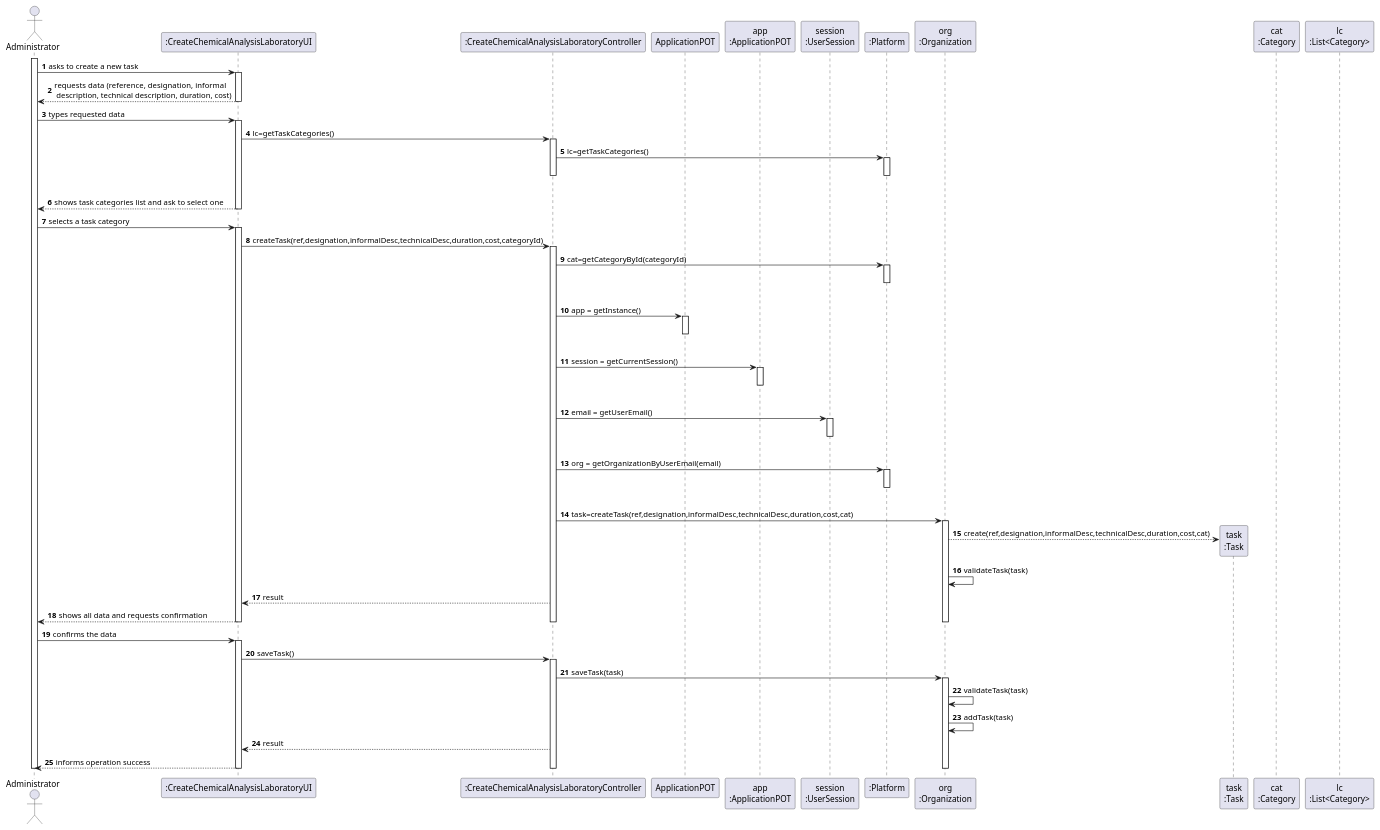
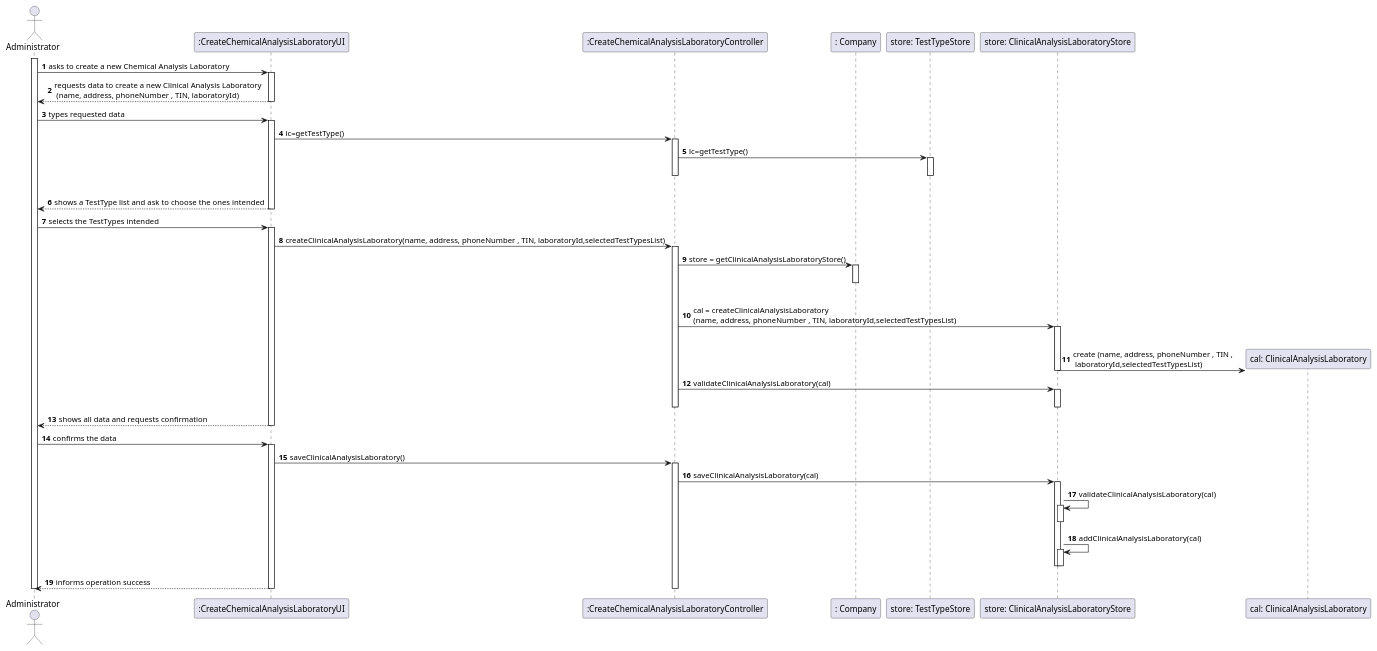
Before and after one commit to manu-07-ela/LAPR2_ISEP: the diagram in docs/SprintB/US08/US08_SD.puml, drawn with PlantUML. The commit also changed 4 other files, not shown here.

```diff
--- a/docs/SprintB/US08/US08_SD.puml
+++ b/docs/SprintB/US08/US08_SD.puml
@@ -1,104 +1,81 @@
 @startuml
 autonumber
 'hide footbox
 actor "Administrator" as ADM
 
 participant ":CreateChemicalAnalysisLaboratoryUI" as UI
 participant ":CreateChemicalAnalysisLaboratoryController" as CTRL
-participant "ApplicationPOT" as _APP
-participant "app\n:ApplicationPOT" as APP
-participant "session\n:UserSession" as SESSAO
-participant ":Platform" as PLAT
-participant "org\n:Organization" as ORG
-participant "task\n:Task" as TAREFA
-participant "cat\n:Category" as CAT
-participant "lc\n:List<Category>" as LIST_CAT
+participant ": Company" as Comp
+participant "store: TestTypeStore" as TTS
+participant "store: ClinicalAnalysisLaboratoryStore" as CALS
+participant "cal: ClinicalAnalysisLaboratory" as CAL
 
 activate ADM
-ADM -> UI : asks to create a new task
+ADM -> UI : asks to create a new Chemical Analysis Laboratory
 activate UI
-UI --> ADM : requests data (reference, designation,  informal \n description, technical description, duration, cost)
+UI --> ADM : requests data to create a new Clinical Analysis Laboratory \n (name, address, phoneNumber , TIN, laboratoryId)
 deactivate UI
 
 ADM -> UI : types requested data
 activate UI
 
-UI -> CTRL : lc=getTaskCategories()
+UI -> CTRL : lc=getTestType()
 activate CTRL
 
-CTRL -> PLAT : lc=getTaskCategories()
-activate PLAT
+CTRL -> TTS : lc=getTestType()
+activate TTS
 |||
-deactivate PLAT
+deactivate TTS
 deactivate CTRL
 
-UI --> ADM : shows task categories list and ask to select one
-deactivate PLAT
+UI --> ADM : shows a TestType list and ask to choose the ones intended
 deactivate UI
 
-ADM -> UI : selects a task category
+ADM -> UI : selects the TestTypes intended
 activate UI
 
-UI -> CTRL : createTask(ref,designation,informalDesc,technicalDesc,duration,cost,categoryId)
+UI -> CTRL : createClinicalAnalysisLaboratory(name, address, phoneNumber , TIN, laboratoryId,selectedTestTypesList)
 activate CTRL
 
-CTRL -> PLAT : cat=getCategoryById(categoryId)
-activate PLAT
+CTRL -> Comp : store = getClinicalAnalysisLaboratoryStore()
+activate Comp
 |||
-deactivate PLAT
+deactivate Comp
 
-CTRL -> _APP: app = getInstance()
-activate _APP
+CTRL -> CALS: cal = createClinicalAnalysisLaboratory\n(name, address, phoneNumber , TIN, laboratoryId,selectedTestTypesList)
+activate CALS
 |||
-deactivate _APP
-
-CTRL -> APP: session = getCurrentSession()
-activate APP
-|||
-deactivate APP
-
-CTRL -> SESSAO: email = getUserEmail()
-activate SESSAO
-|||
-deactivate SESSAO
-
-CTRL -> PLAT: org = getOrganizationByUserEmail(email)
-activate PLAT
-|||
-deactivate PLAT
-
-CTRL -> ORG: task=createTask(ref,designation,informalDesc,technicalDesc,duration,cost,cat)
-activate ORG
-
-ORG --> TAREFA**: create(ref,designation,informalDesc,technicalDesc,duration,cost,cat)
-ORG -> ORG: validateTask(task)
-
-CTRL --> UI: result
+CALS -> CAL**: create (name, address, phoneNumber , TIN ,\n laboratoryId,selectedTestTypesList)
+deactivate CALS
+CTRL -> CALS : validateClinicalAnalysisLaboratory(cal)
+activate CALS
+deactivate CALS
+deactivate CTRL
 
 UI --> ADM: shows all data and requests confirmation
-deactivate ORG
-deactivate PLAT
 deactivate CTRL
 deactivate UI
 
 ADM -> UI : confirms the data
 activate UI
-UI -> CTRL : saveTask()
+UI -> CTRL : saveClinicalAnalysisLaboratory()
 activate CTRL
 
-CTRL -> ORG : saveTask(task)
-activate ORG
+CTRL -> CALS : saveClinicalAnalysisLaboratory(cal)
+activate CALS
 
-ORG -> ORG: validateTask(task)
-ORG -> ORG: addTask(task)
-
-CTRL --> UI: result
+CALS -> CALS: validateClinicalAnalysisLaboratory(cal)
+activate CALS
+deactivate CALS
+CALS -> CALS: addClinicalAnalysisLaboratory(cal)
+activate CALS
+deactivate CALS
+deactivate CALS
 
 UI --> ADM : informs operation success
-deactivate ORG
 deactivate CTRL
 deactivate UI
 
 deactivate ADM
 
 @enduml
```
